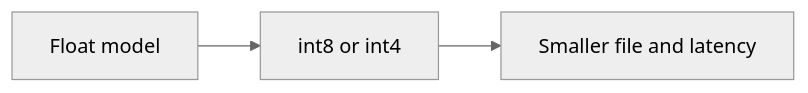
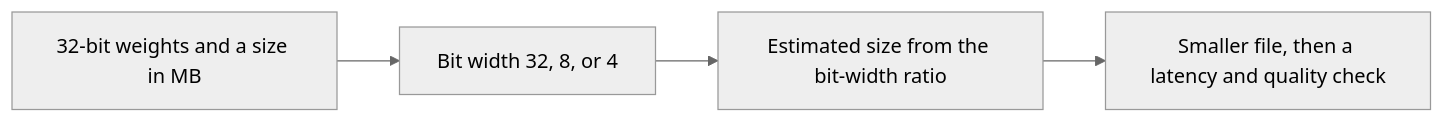
One commit to mohamedmabrouk582/Android-Ai-Lab changed the diagram in lab-quantization/README.md. Above: the diagram before and after it, drawn with Mermaid (neutral theme). The commit also changed other lines of this file and 41 other files, not shown here.

````diff
--- a/lab-quantization/README.md
+++ b/lab-quantization/README.md
@@ -13,4 +33,6 @@
 ```mermaid
 flowchart LR
-  n0["Float model"] --> n1["int8 or int4"] --> n2["Smaller file and latency"]
+  float["32-bit weights and a size in MB"] --> width["Bit width 32, 8, or 4"]
+  width --> smaller["Estimated size from the bit-width ratio"]
+  smaller --> latency["Smaller file, then a latency and quality check"]
 ```
````
